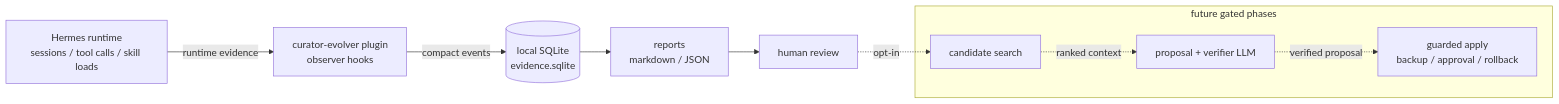
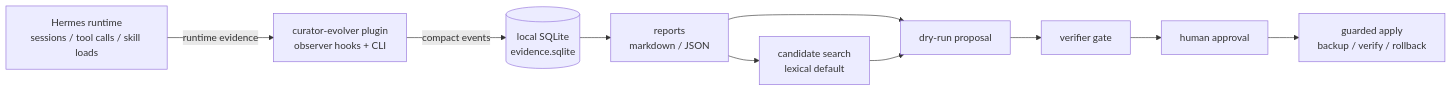
The first of 2 diagrams in docs/architecture.md (pingchesu/hermes-curator-evolver), drawn with Mermaid before and after one commit. The commit also changed other lines of this file and 14 other files, not shown here.

Commit message:
feat: complete curator evolver roadmap

````diff
--- a/docs/architecture.md
+++ b/docs/architecture.md
@@ -7,23 +7,22 @@
 ```mermaid
 flowchart LR
     H[Hermes runtime\nsessions / tool calls / skill loads]
-    P[curator-evolver plugin\nobserver hooks]
+    P[curator-evolver plugin\nobserver hooks + CLI]
     DB[(local SQLite\nevidence.sqlite)]
     R[reports\nmarkdown / JSON]
-    Human[human review]
-
-    subgraph Future[future gated phases]
-        C[candidate search]
-        LLM[proposal + verifier LLM]
-        Apply[guarded apply\nbackup / approval / rollback]
-    end
+    C[candidate search\nlexical default]
+    Proposal[dry-run proposal]
+    V[verifier gate]
+    Human[human approval]
+    Apply[guarded apply\nbackup / verify / rollback]
 
     H -->|runtime evidence| P
     P -->|compact events| DB
     DB --> R
-    R --> Human
-
-    Human -. opt-in .-> C
-    C -. ranked context .-> LLM
-    LLM -. verified proposal .-> Apply
+    R --> Proposal
+    R --> C
+    C --> Proposal
+    Proposal --> V
+    V --> Human
+    Human --> Apply
 ```
````
